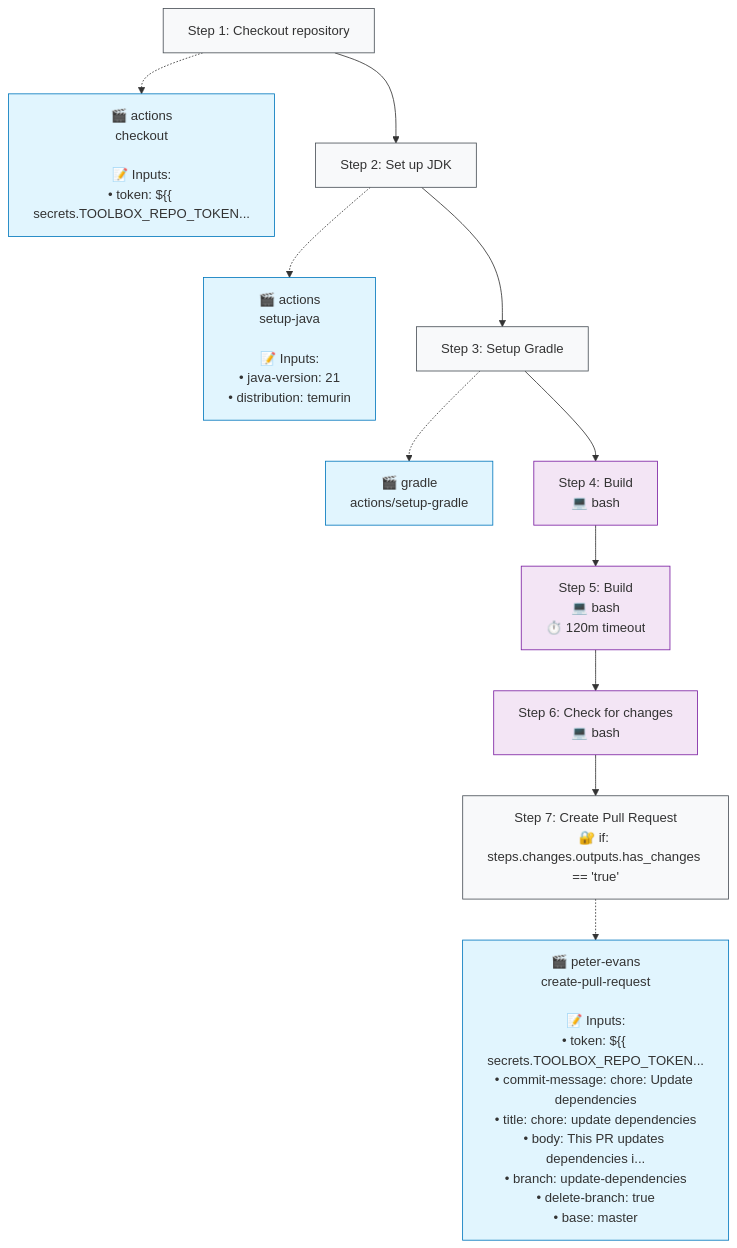
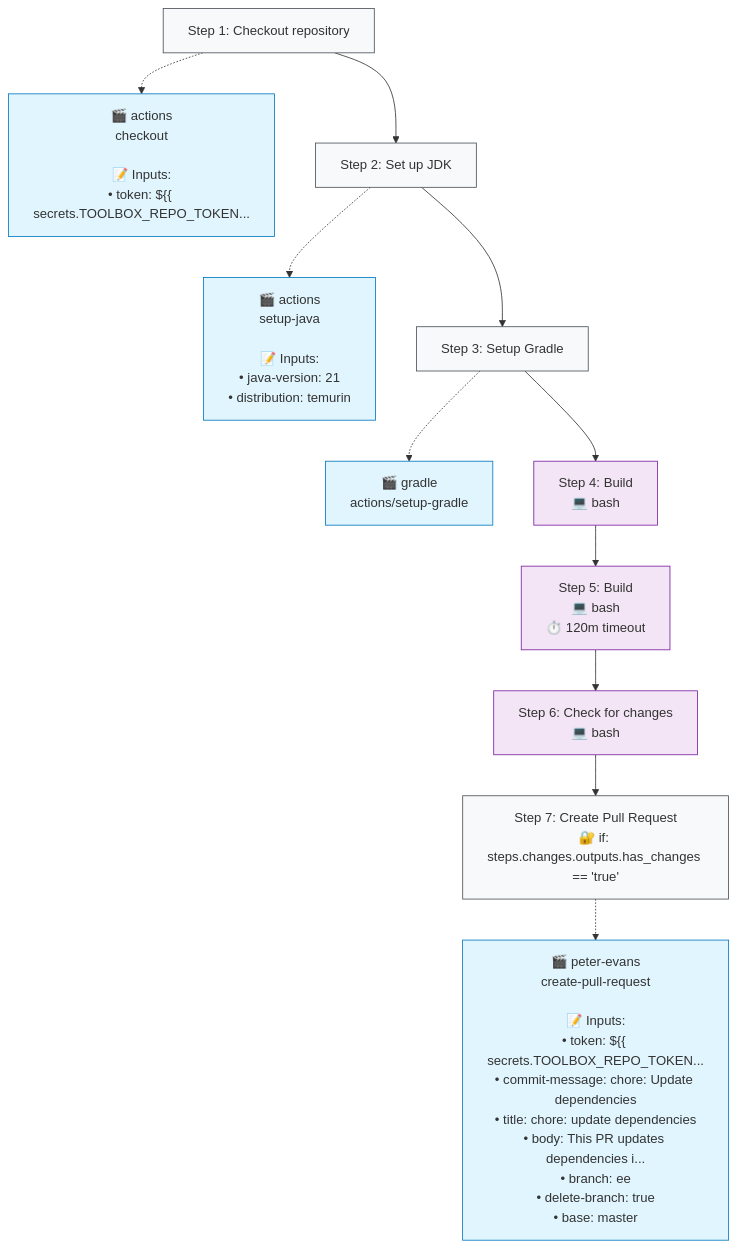
The second of 2 diagrams in .github/typeflows/update-dependencies/README.md (http4k/http4k), drawn with Mermaid before and after one commit. The commit also changed 27 other files, not shown here.

````diff
--- a/.github/typeflows/update-dependencies/README.md
+++ b/.github/typeflows/update-dependencies/README.md
@@ -24,36 +24,36 @@
 ```mermaid
 %%{init: {"flowchart": {"curve": "basis"}}}%%
 flowchart TD
     step1["Step 1: Checkout repository"]
     style step1 fill:#f8f9fa,stroke:#495057
     action1["🎬 actions<br/>checkout<br/><br/>📝 Inputs:<br/>• token: ${{ secrets.TOOLBOX_REPO_TOKEN..."]
     style action1 fill:#e1f5fe,stroke:#0277bd
     step1 -.-> action1
     step2["Step 2: Set up JDK"]
     style step2 fill:#f8f9fa,stroke:#495057
     action2["🎬 actions<br/>setup-java<br/><br/>📝 Inputs:<br/>• java-version: 21<br/>• distribution: temurin"]
     style action2 fill:#e1f5fe,stroke:#0277bd
     step2 -.-> action2
     step1 --> step2
     step3["Step 3: Setup Gradle"]
     style step3 fill:#f8f9fa,stroke:#495057
     action3["🎬 gradle<br/>actions/setup-gradle"]
     style action3 fill:#e1f5fe,stroke:#0277bd
     step3 -.-> action3
     step2 --> step3
     step4["Step 4: Build<br/>💻 bash"]
     style step4 fill:#f3e5f5,stroke:#7b1fa2
     step3 --> step4
     step5["Step 5: Build<br/>💻 bash<br/>⏱️ 120m timeout"]
     style step5 fill:#f3e5f5,stroke:#7b1fa2
     step4 --> step5
     step6["Step 6: Check for changes<br/>💻 bash"]
     style step6 fill:#f3e5f5,stroke:#7b1fa2
     step5 --> step6
     step7["Step 7: Create Pull Request<br/>🔐 if: steps.changes.outputs.has_changes == 'true'"]
     style step7 fill:#f8f9fa,stroke:#495057
-    action7["🎬 peter-evans<br/>create-pull-request<br/><br/>📝 Inputs:<br/>• token: ${{ secrets.TOOLBOX_REPO_TOKEN...<br/>• commit-message: chore: Update dependencies<br/>• title: chore: update dependencies<br/>• body: This PR updates dependencies i...<br/>• branch: update-dependencies<br/>• delete-branch: true<br/>• base: master"]
+    action7["🎬 peter-evans<br/>create-pull-request<br/><br/>📝 Inputs:<br/>• token: ${{ secrets.TOOLBOX_REPO_TOKEN...<br/>• commit-message: chore: Update dependencies<br/>• title: chore: update dependencies<br/>• body: This PR updates dependencies i...<br/>• branch: ee<br/>• delete-branch: true<br/>• base: master"]
     style action7 fill:#e1f5fe,stroke:#0277bd
     step7 -.-> action7
     step6 --> step7
 ```
````
